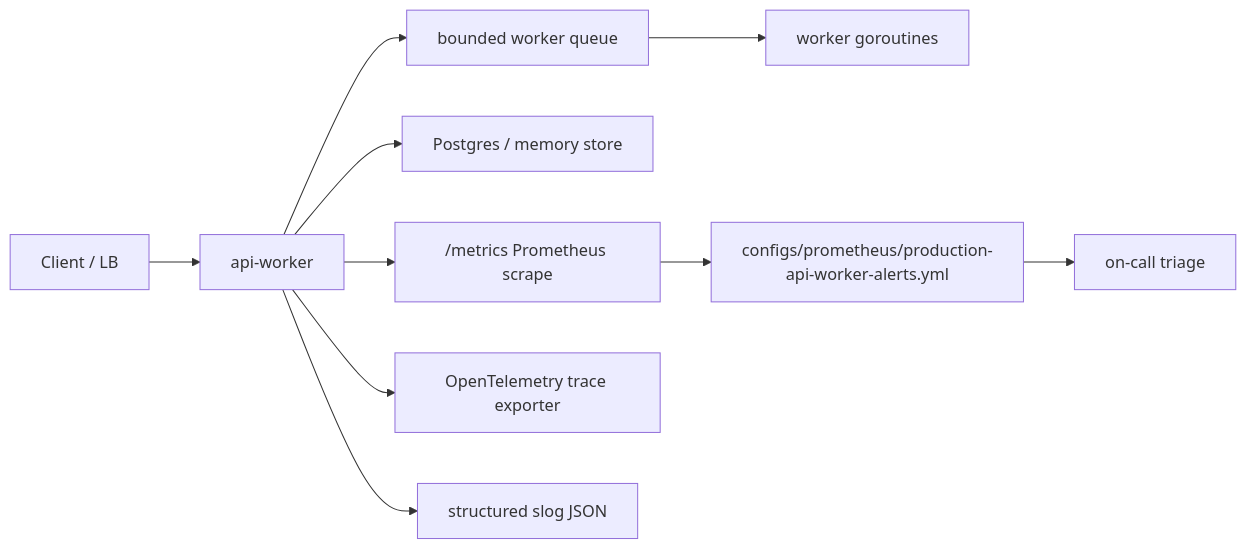
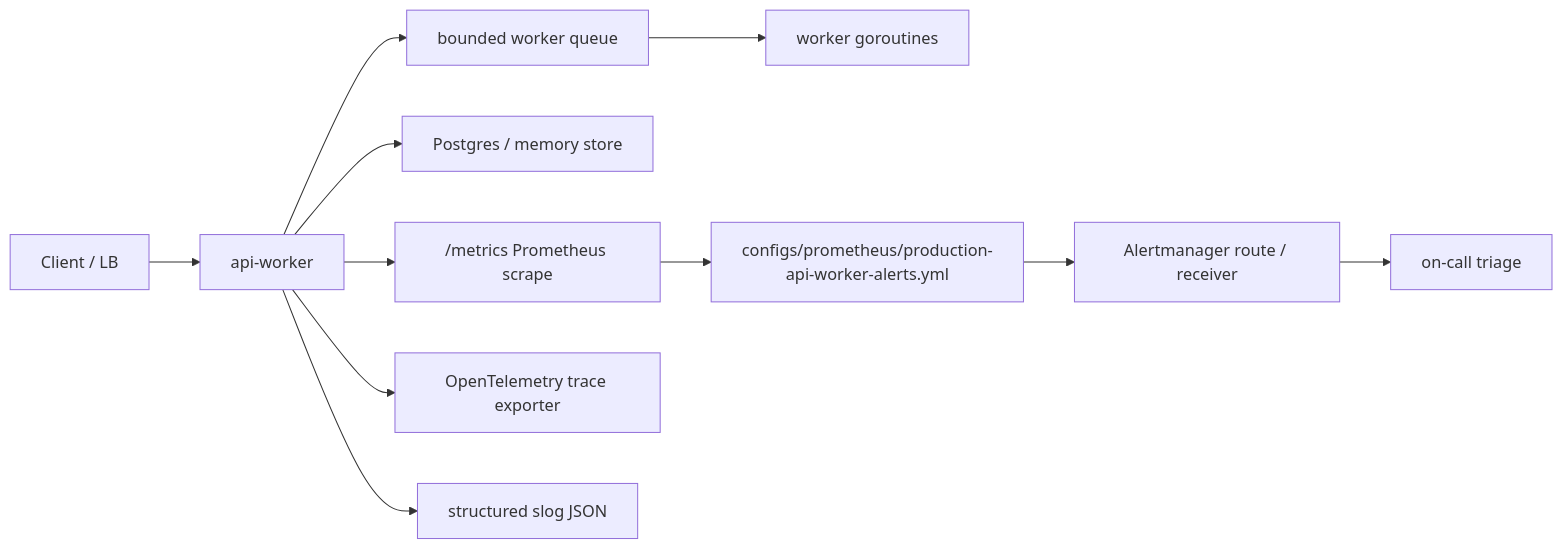
The diagram in production-api-worker/docs/operational-runbook.md (JasonChiu1984/golang-note), drawn with Mermaid before and after one commit. The commit also changed other lines of this file and 64 other files, not shown here.

````diff
--- a/production-api-worker/docs/operational-runbook.md
+++ b/production-api-worker/docs/operational-runbook.md
@@ -26,12 +27,13 @@
 ```mermaid
 flowchart LR
   C["Client / LB"] --> A["api-worker"]
   A --> Q["bounded worker queue"]
   Q --> W["worker goroutines"]
   A --> DB["Postgres / memory store"]
   A --> M["/metrics Prometheus scrape"]
   A --> T["OpenTelemetry trace exporter"]
   A --> L["structured slog JSON"]
   M --> R["configs/prometheus/production-api-worker-alerts.yml"]
-  R --> O["on-call triage"]
+  R --> AM["Alertmanager route / receiver"]
+  AM --> O["on-call triage"]
 ```
````
